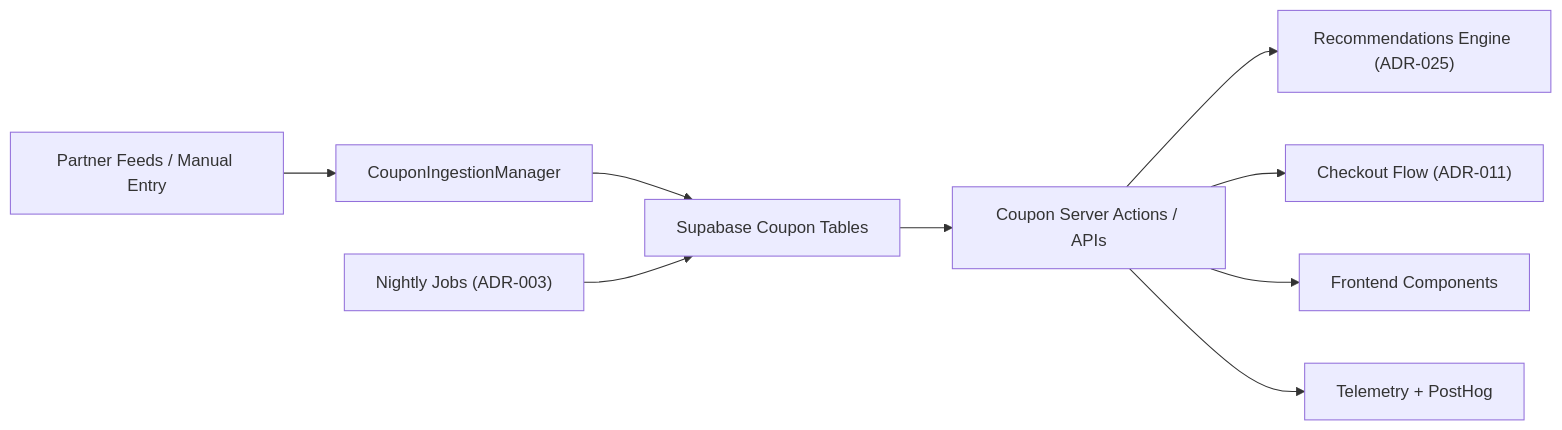
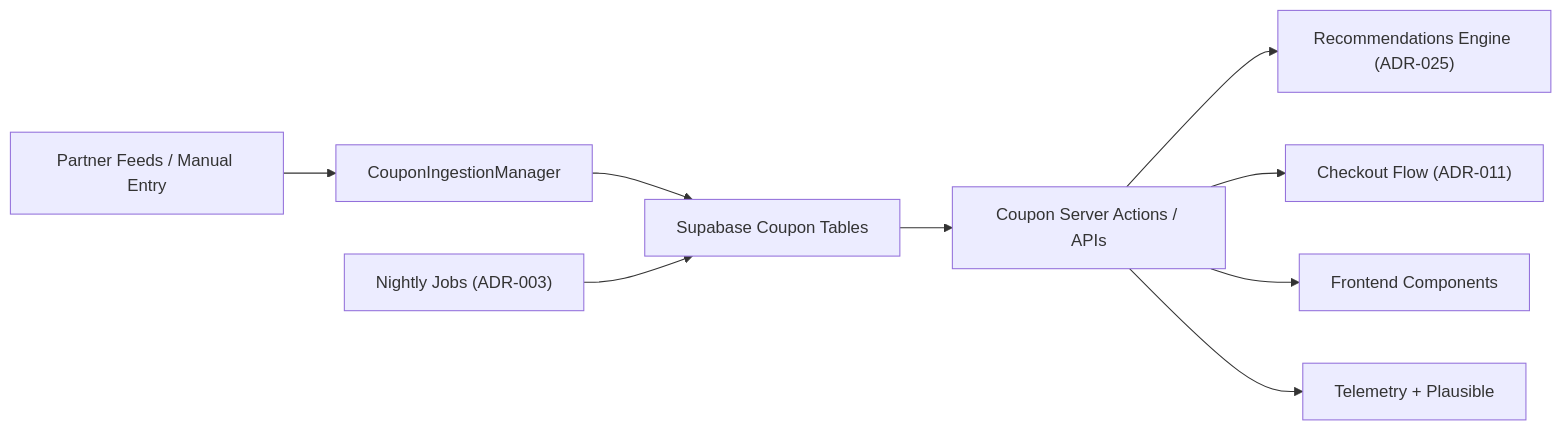
One commit to marcelkenner/clarivum changed the diagram in docs/diagrams/adr-026-coupons-and-affiliate-incentives/architecture-overview.mmd. Above: the diagram before and after it, drawn with Mermaid. The commit also changed 64 other files, not shown here.

````diff
--- a/docs/diagrams/adr-026-coupons-and-affiliate-incentives/architecture-overview.mmd
+++ b/docs/diagrams/adr-026-coupons-and-affiliate-incentives/architecture-overview.mmd
@@ -1,11 +1,11 @@
 ```mermaid
 flowchart LR
     PartnerFeeds["Partner Feeds / Manual Entry"] --> CouponIngestion["CouponIngestionManager"]
     CouponIngestion --> SupabaseCoupons["Supabase Coupon Tables"]
     BackgroundJobs["Nightly Jobs (ADR-003)"] --> SupabaseCoupons
     SupabaseCoupons --> CouponAPI["Coupon Server Actions / APIs"]
     CouponAPI --> Recommendations["Recommendations Engine (ADR-025)"]
     CouponAPI --> Checkout["Checkout Flow (ADR-011)"]
     CouponAPI --> UI["Frontend Components"]
-    CouponAPI --> Analytics["Telemetry + PostHog"]
+    CouponAPI --> Analytics["Telemetry + Plausible"]
 ```
````
